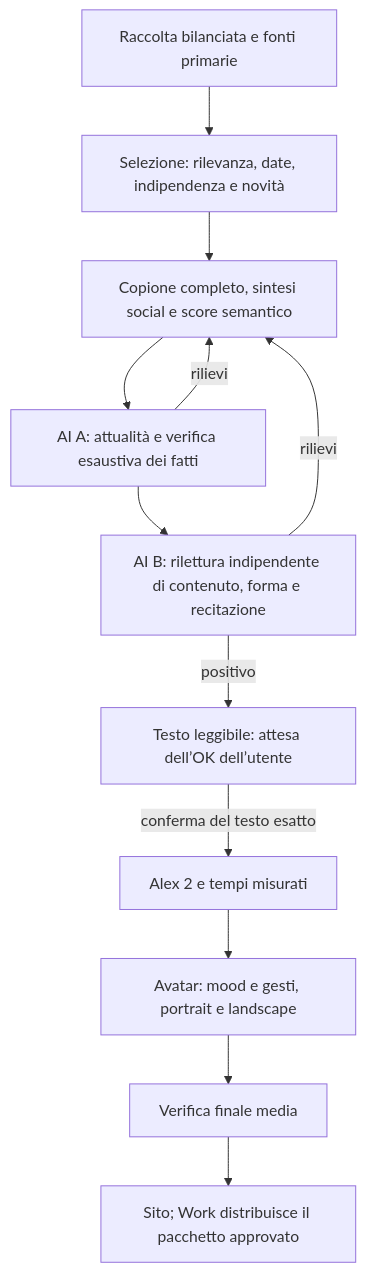
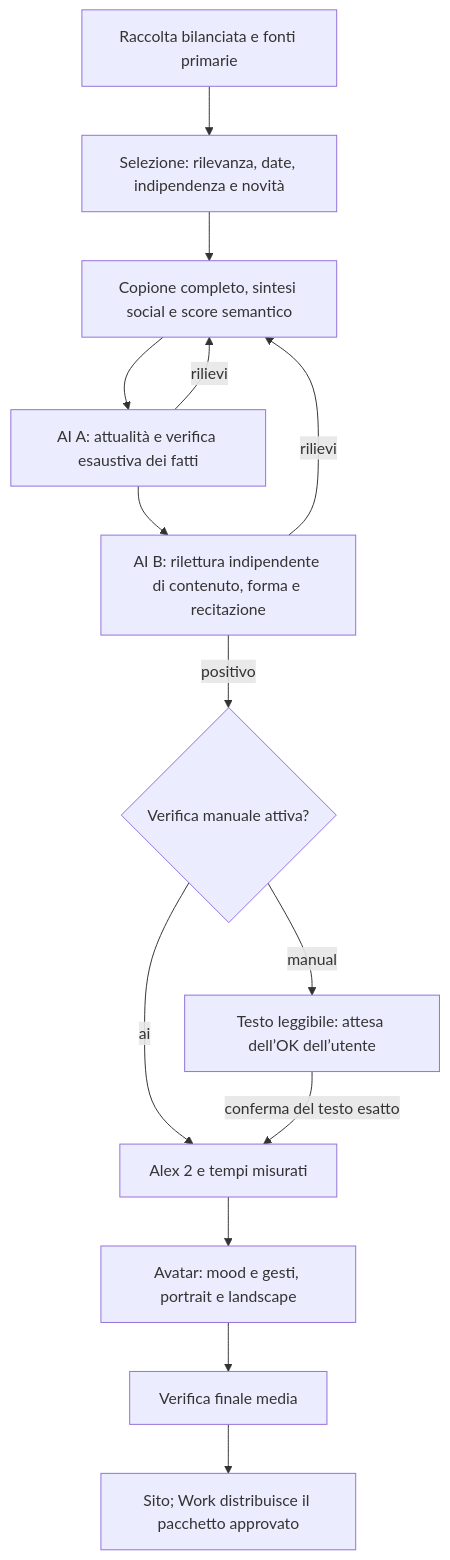
The diagram in docs/tg/cdaily-editorial-standard-20261025.md (vgflutter/conclavia-meeting-avatar), drawn with Mermaid before and after one commit. The commit also changed other lines of this file and 18 other files, not shown here.

````diff
--- a/docs/tg/cdaily-editorial-standard-20261025.md
+++ b/docs/tg/cdaily-editorial-standard-20261025.md
@@ -37,14 +37,16 @@
 ```mermaid
 flowchart TD
  R[Raccolta bilanciata e fonti primarie] --> S[Selezione: rilevanza, date, indipendenza e novità]
  S --> C[Copione completo, sintesi social e score semantico]
  C --> A[AI A: attualità e verifica esaustiva dei fatti]
  A --> B[AI B: rilettura indipendente di contenuto, forma e recitazione]
  A -->|rilievi| C
  B -->|rilievi| C
- B -->|positivo| U[Testo leggibile: attesa dell’OK dell’utente]
+ B -->|positivo| G{Verifica manuale attiva?}
+ G -->|manual| U[Testo leggibile: attesa dell’OK dell’utente]
+ G -->|ai| V[Alex 2 e tempi misurati]
  U -->|conferma del testo esatto| V[Alex 2 e tempi misurati]
  V --> M[Avatar: mood e gesti, portrait e landscape]
  M --> F[Verifica finale media]
  F --> P[Sito; Work distribuisce il pacchetto approvato]
 ```
````
